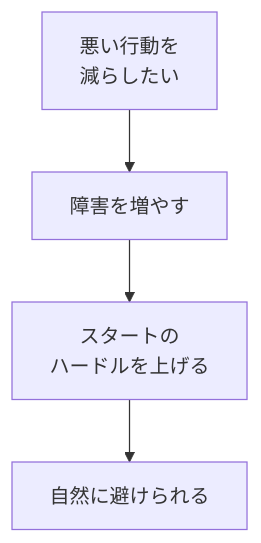
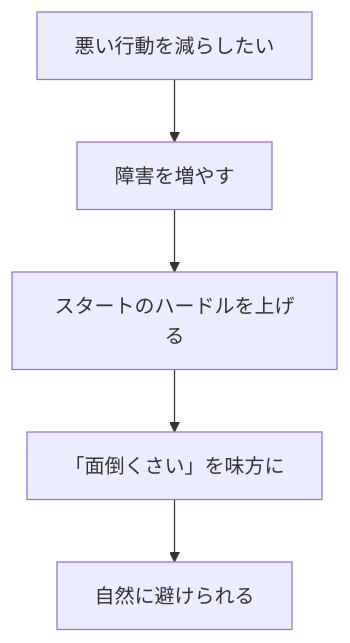
Before and after one commit to tndg16-bot/portfolio-site: the third of 4 diagrams in content/blog/282-environment-design-behavior-change.md, drawn with Mermaid. The commit also changed other lines of this file and 19 other files, not shown here.

````diff
--- a/content/blog/282-environment-design-behavior-change.md
+++ b/content/blog/282-environment-design-behavior-change.md
@@ -70,7 +88,7 @@
 ```mermaid
 graph TD
-    A[悪い行動を<br/>減らしたい]
-    A --> B[障害を増やす]
-    B --> C[スタートの<br/>ハードルを上げる]
-    C --> D[自然に避けられる]
+    A[悪い行動を減らしたい] --> B[障害を増やす]
+    B --> C[スタートのハードルを上げる]
+    C --> D[「面倒くさい」を味方に]
+    D --> E[自然に避けられる]
 ```
````
